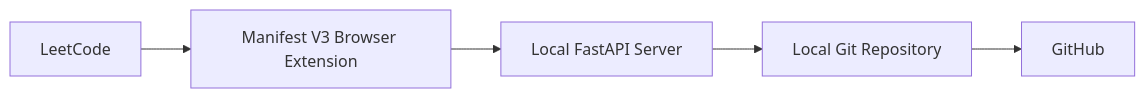
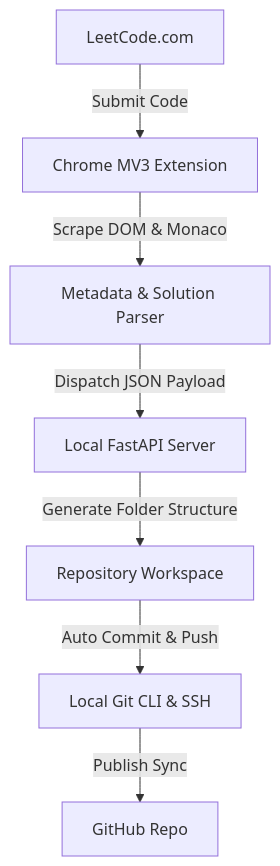
Before and after one commit to Rakshaad-Kolhe/leetcode-auto-sync: the diagram in README.md, drawn with Mermaid. The commit also changed other lines of this file and 15 other files, not shown here.

````diff
--- a/README.md
+++ b/README.md
@@ -7,7 +9,9 @@
 ```mermaid
-flowchart LR
-    LC[LeetCode] --> EXT[Manifest V3 Browser Extension]
-    EXT --> API[Local FastAPI Server]
-    API --> GIT[Local Git Repository]
-    GIT --> GH[GitHub]
+flowchart TD
+    LC[LeetCode.com] -->|Submit Code| EXT[Chrome MV3 Extension]
+    EXT -->|Scrape DOM & Monaco| Parser[Metadata & Solution Parser]
+    Parser -->|Dispatch JSON Payload| Server[Local FastAPI Server]
+    Server -->|Generate Folder Structure| Files[Repository Workspace]
+    Files -->|Auto Commit & Push| Git[Local Git CLI & SSH]
+    Git -->|Publish Sync| GitHub[GitHub Repo]
 ```
````
